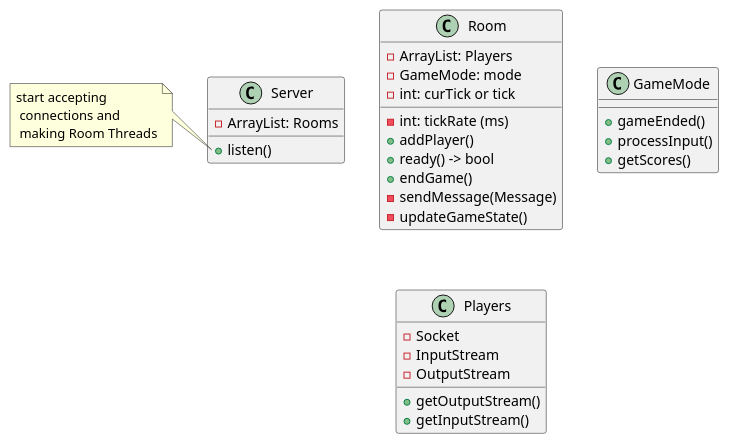
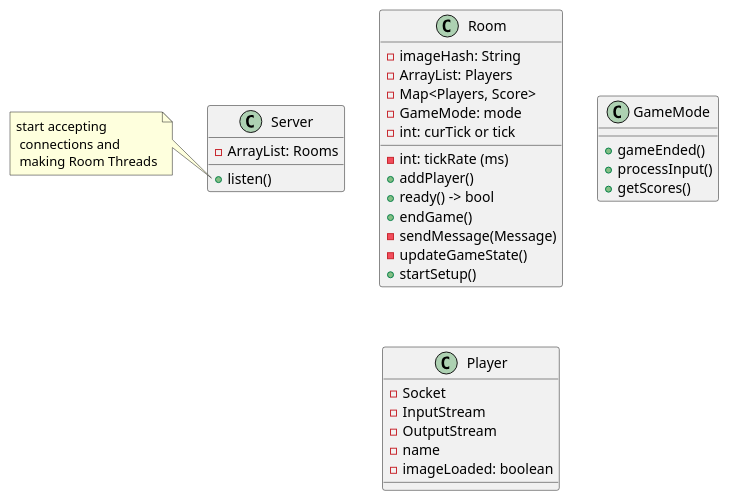
Before and after one commit to yashdwivedi/mavenproject1: the diagram in Flowcharts/Server/ServerClasses.pu, drawn with PlantUML. The commit also changed 2 other files, not shown here.

Commit message:
added more planning and flowcharts - added common classes (in both Client & Server) - went deeper into how the client should load the image aka the server-client process of communication - added some more methods into ServerClasses

```diff
--- a/Flowcharts/Server/ServerClasses.pu
+++ b/Flowcharts/Server/ServerClasses.pu
@@ -1,35 +1,39 @@
 @startuml
 class Server {
     - ArrayList: Rooms
     + listen()
 }
 class Room {
+    - imageHash: String
     - ArrayList: Players
+    - Map<Players, Score>
     - GameMode: mode
     - int: tickRate (ms)
     - int: curTick or tick
+    
     + addPlayer()
     + ready() -> bool
     + endGame()
     - sendMessage(Message)
     - updateGameState()
+    + startSetup() 
     
 }
 class GameMode{
     + gameEnded()
     + processInput()
-    + getScores() 
+    + getScores()
 }
-class Players{
+class Player{
     - Socket
     - InputStream
     - OutputStream
-    + getOutputStream()
-    + getInputStream()
+    - name
+    - imageLoaded: boolean
 }
 note left of Server::listen()
  start accepting
   connections and 
   making Room Threads
 end note
 @enduml
```
